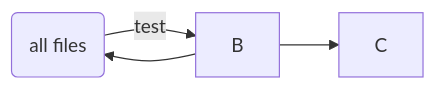
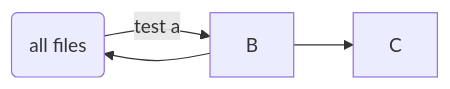
Before and after one commit to plchagnon/Lonicera---Coralie: the second of 2 diagrams in README.md, drawn with Mermaid. The commit also changed other lines of this file, not shown here.

````diff
--- a/README.md
+++ b/README.md
@@ -79,5 +80,5 @@
 ```mermaid
 flowchart LR
-a(all files)-- test -->B
+a(all files)-- test a -->B
 B-->C & a
 ```
````
